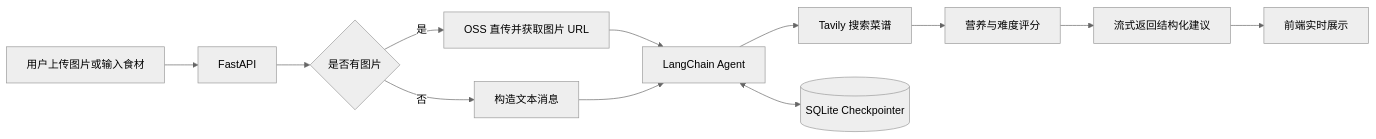
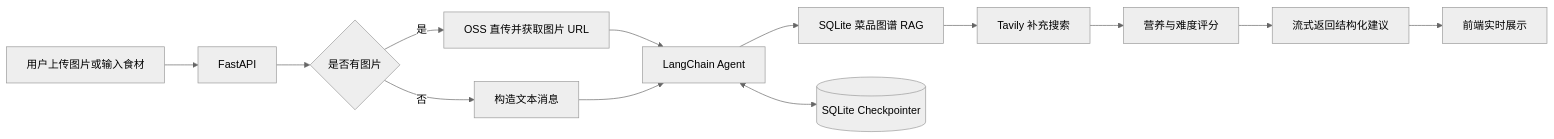
Before and after one commit to swaggyz7/chef_agent: the diagram in README.md, drawn with Mermaid (neutral theme). The commit also changed other lines of this file and 10 other files, not shown here.

Commit message:
feat: add local dish graph RAG

````diff
--- a/README.md
+++ b/README.md
@@ -60,14 +83,15 @@
 ```mermaid
 flowchart LR
     A[用户上传图片或输入食材] --> B[FastAPI]
     B --> C{是否有图片}
     C -- 是 --> D[OSS 直传并获取图片 URL]
     C -- 否 --> E[构造文本消息]
     D --> F[LangChain Agent]
     E --> F
-    F --> G[Tavily 搜索菜谱]
+    F --> R[SQLite 菜品图谱 RAG]
+    R --> G[Tavily 补充搜索]
     G --> H[营养与难度评分]
     H --> I[流式返回结构化建议]
     I --> J[前端实时展示]
     F <--> K[(SQLite Checkpointer)]
 ```
````
